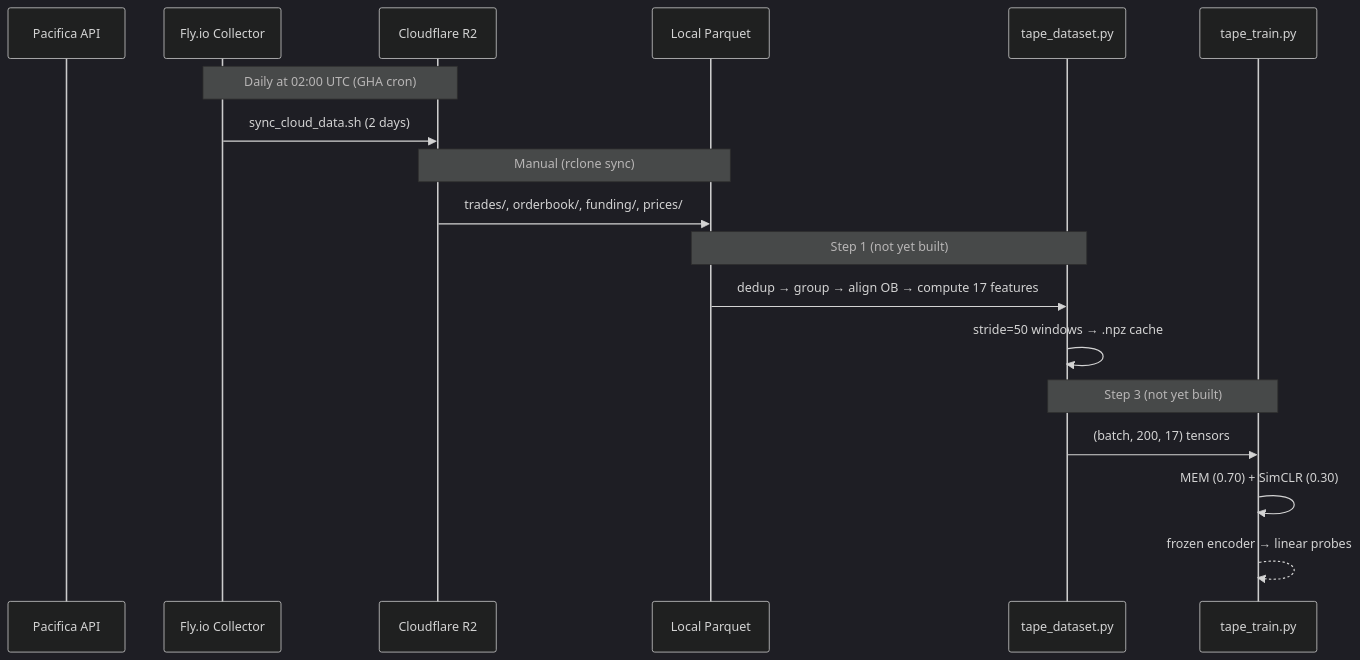
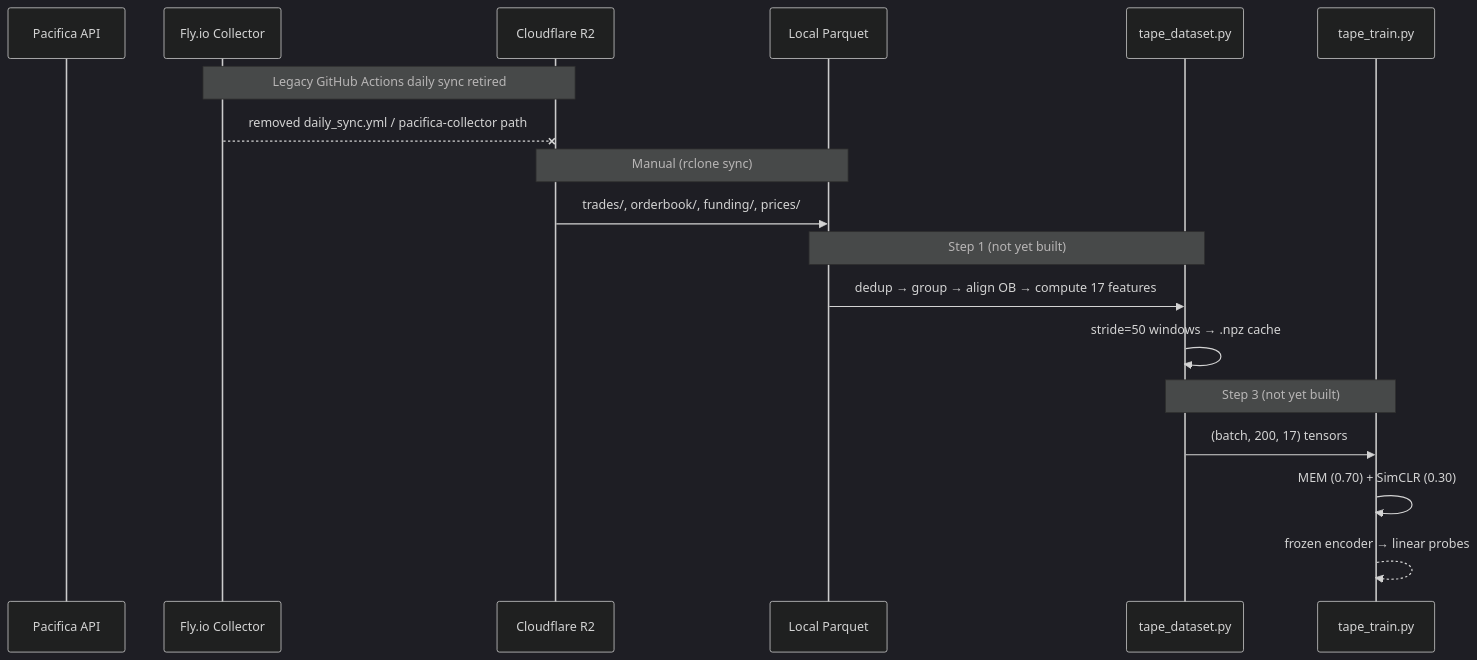
One commit to autoresearch-trading/autoresearch-trading changed the second of 2 diagrams in docs/CODEBASE_MAP.md. Above: the diagram before and after it, drawn with Mermaid (dark theme). The commit also changed other lines of this file and 5 other files, not shown here.

Commit message:
chore: remove legacy Pacifica collector GitHub Action

````diff
--- a/docs/CODEBASE_MAP.md
+++ b/docs/CODEBASE_MAP.md
@@ -188,24 +186,24 @@
 ```mermaid
 sequenceDiagram
     participant Pacifica as Pacifica API
     participant Fly as Fly.io Collector
     participant R2 as Cloudflare R2
     participant Local as Local Parquet
     participant Pipeline as tape_dataset.py
     participant Model as tape_train.py
 
-    Note over Fly,R2: Daily at 02:00 UTC (GHA cron)
-    Fly->>R2: sync_cloud_data.sh (2 days)
+    Note over Fly,R2: Legacy GitHub Actions daily sync retired
+    Fly--xR2: removed daily_sync.yml / pacifica-collector path
 
     Note over R2,Local: Manual (rclone sync)
     R2->>Local: trades/, orderbook/, funding/, prices/
 
     Note over Local,Pipeline: Step 1 (not yet built)
     Local->>Pipeline: dedup → group → align OB → compute 17 features
     Pipeline->>Pipeline: stride=50 windows → .npz cache
 
     Note over Pipeline,Model: Step 3 (not yet built)
     Pipeline->>Model: (batch, 200, 17) tensors
     Model->>Model: MEM (0.70) + SimCLR (0.30)
     Model-->>Model: frozen encoder → linear probes
 ```
````
